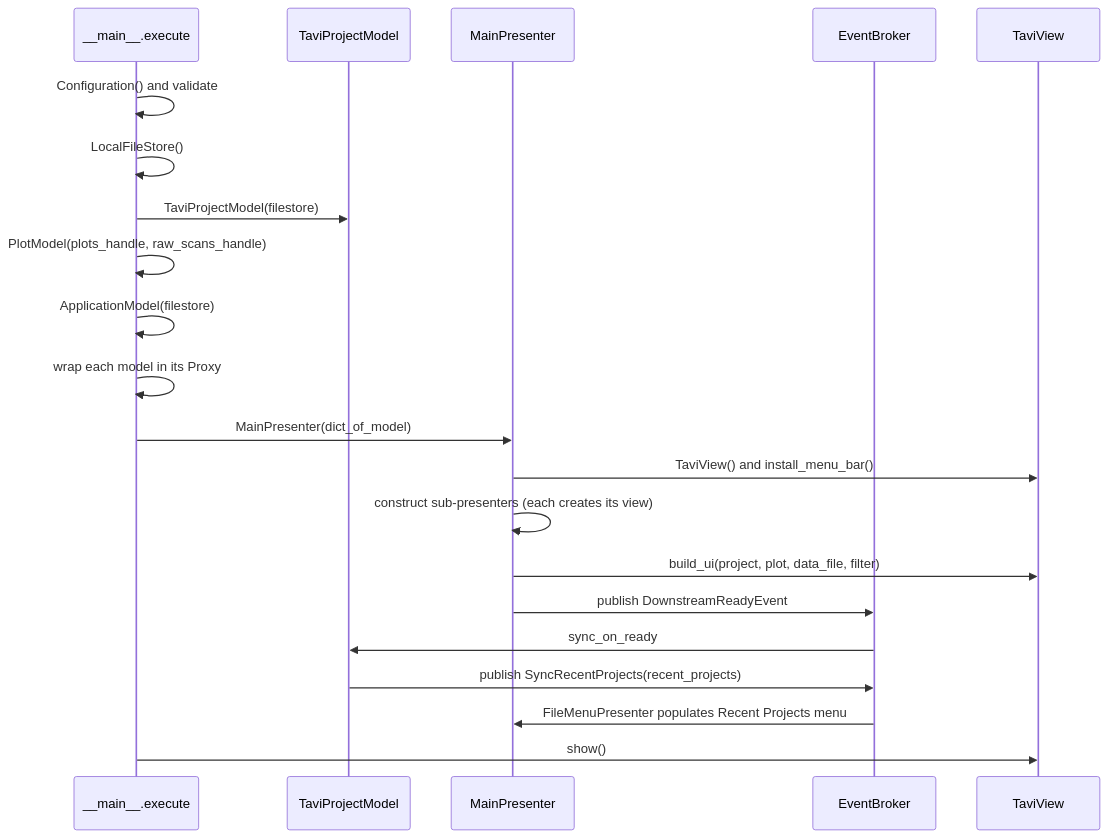
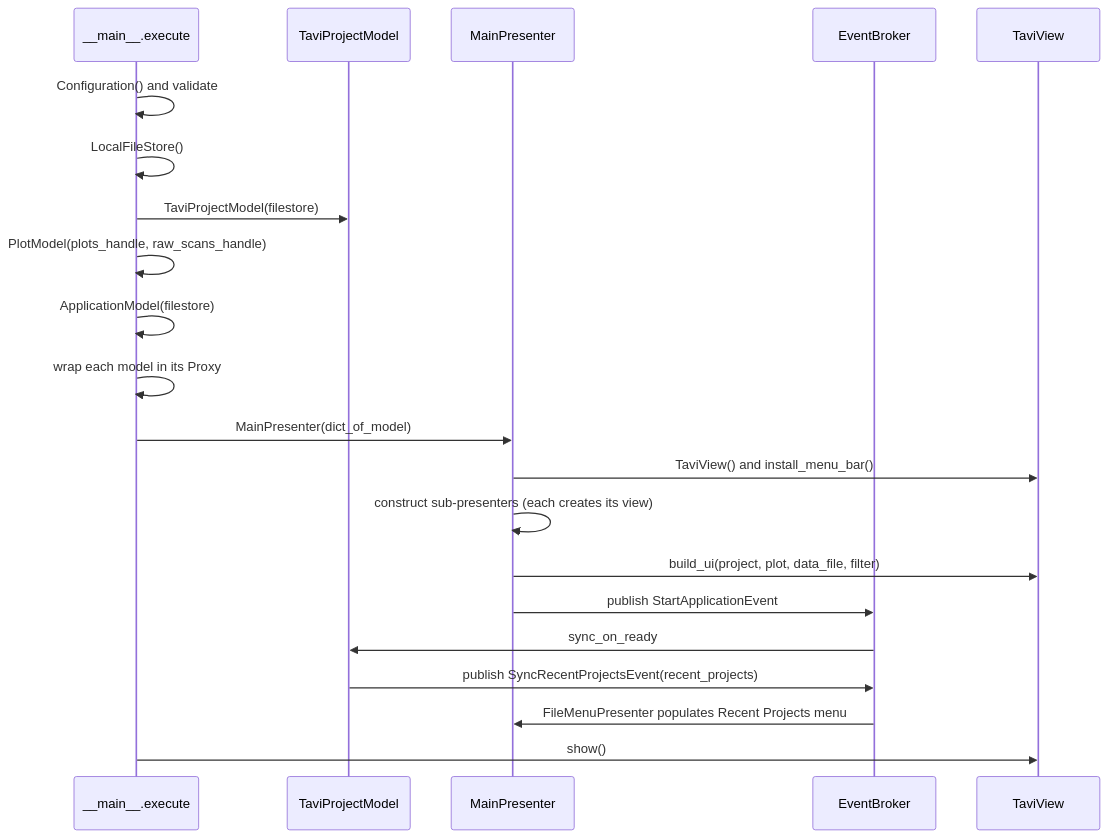
Before and after one commit to neutrons/TAVI: the fourth of 5 diagrams in docs/source/design/taviclasses.rst, drawn with Mermaid. The commit also changed other lines of this file and 43 other files, not shown here.

```diff
--- a/docs/source/design/taviclasses.rst
+++ b/docs/source/design/taviclasses.rst
@@ -233,24 +243,24 @@
 .. mermaid::
 
     sequenceDiagram
         participant Main as __main__.execute
         participant Model as TaviProjectModel
         participant Presenter as MainPresenter
         participant Broker as EventBroker
         participant View as TaviView
 
         Main->>Main: Configuration() and validate
         Main->>Main: LocalFileStore()
         Main->>Model: TaviProjectModel(filestore)
         Main->>Main: PlotModel(plots_handle, raw_scans_handle)
         Main->>Main: ApplicationModel(filestore)
         Main->>Main: wrap each model in its Proxy
         Main->>Presenter: MainPresenter(dict_of_model)
         Presenter->>View: TaviView() and install_menu_bar()
         Presenter->>Presenter: construct sub-presenters (each creates its view)
         Presenter->>View: build_ui(project, plot, data_file, filter)
-        Presenter->>Broker: publish DownstreamReadyEvent
+        Presenter->>Broker: publish StartApplicationEvent
         Broker->>Model: sync_on_ready
-        Model->>Broker: publish SyncRecentProjects(recent_projects)
+        Model->>Broker: publish SyncRecentProjectsEvent(recent_projects)
         Broker->>Presenter: FileMenuPresenter populates Recent Projects menu
         Main->>View: show()
```
